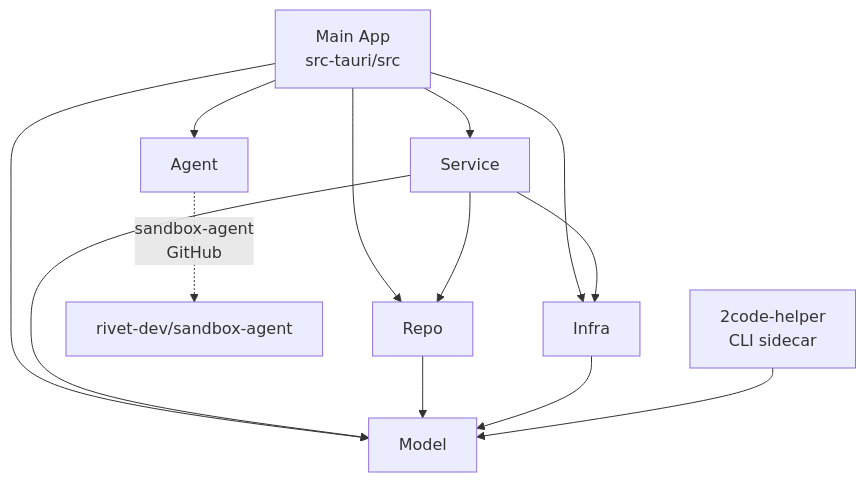
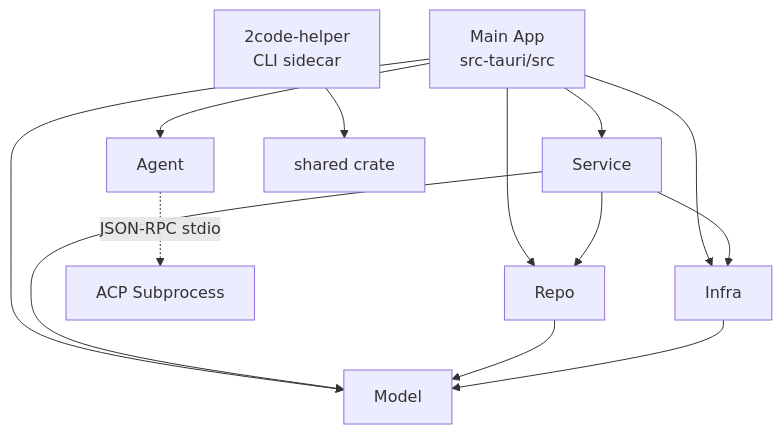
One commit to AkaraChen/2code changed the second of 2 diagrams in docs/architecture.md. Above: the diagram before and after it, drawn with Mermaid. The commit also changed other lines of this file and 8 other files, not shown here.

First line of the commit message:
docs: update architecture docs for agent system and unified tab abstraction

````diff
--- a/docs/architecture.md
+++ b/docs/architecture.md
@@ -65,19 +69,19 @@
 ```mermaid
 graph TD
     Main["Main App<br/>src-tauri/src"] --> Service
     Main --> Infra
     Main --> Model
     Main --> Agent
     Main --> Repo
 
     Service --> Repo
     Service --> Infra
     Service --> Model
 
     Repo --> Model
     Infra --> Model
 
-    Agent -.->|sandbox-agent<br/>GitHub| ACP["rivet-dev/sandbox-agent"]
+    Agent -.->|JSON-RPC stdio| ACP["ACP Subprocess"]
 
-    Helper["2code-helper<br/>CLI sidecar"] --> Model
+    Helper["2code-helper<br/>CLI sidecar"] --> Shared["shared crate"]
 ```
````
